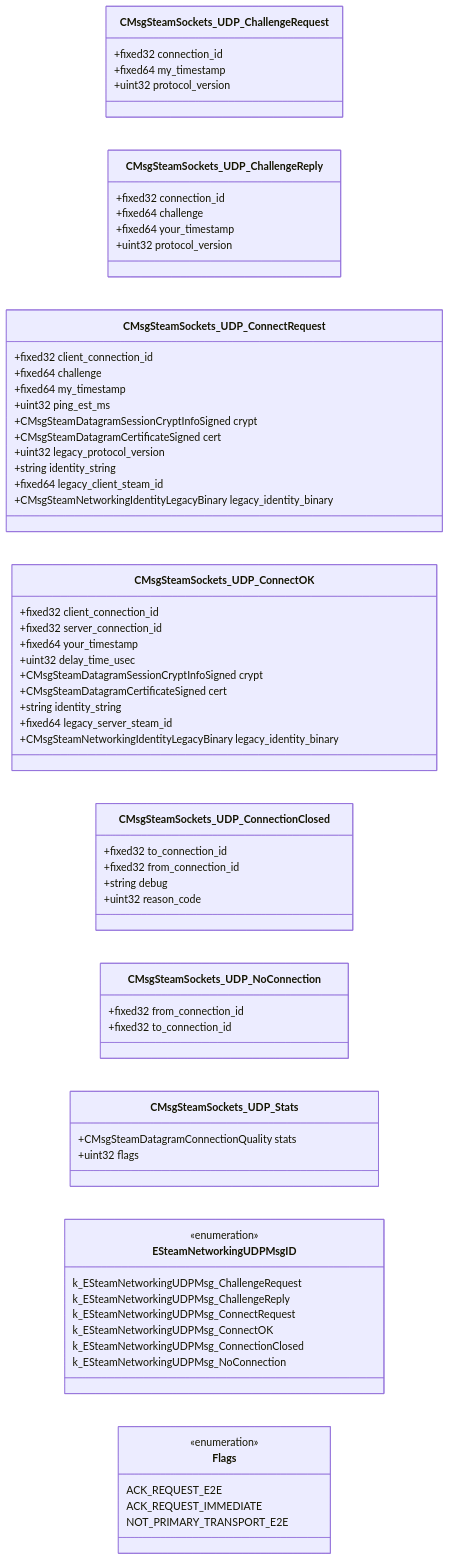
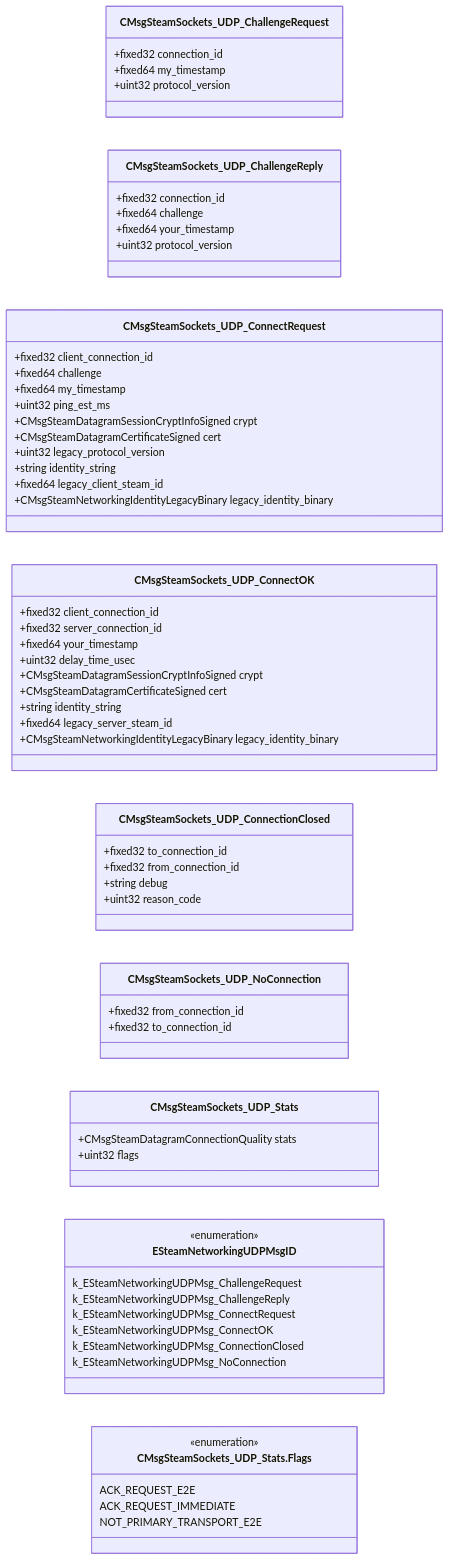
The diagram in docs/generated/proto/steamnetworkingsockets_messages_udp.md (CS2OpenDev/CS2OpenDev-Docs), drawn with Mermaid before and after one commit. The commit also changed other lines of this file and 4525 other files, not shown here.

````diff
--- a/docs/generated/proto/steamnetworkingsockets_messages_udp.md
+++ b/docs/generated/proto/steamnetworkingsockets_messages_udp.md
@@ -14,77 +14,77 @@
 ```mermaid
 classDiagram
 direction LR
 
   class CMsgSteamSockets_UDP_ChallengeRequest {
     +fixed32 connection_id
     +fixed64 my_timestamp
     +uint32 protocol_version
   }
 
   class CMsgSteamSockets_UDP_ChallengeReply {
     +fixed32 connection_id
     +fixed64 challenge
     +fixed64 your_timestamp
     +uint32 protocol_version
   }
 
   class CMsgSteamSockets_UDP_ConnectRequest {
     +fixed32 client_connection_id
     +fixed64 challenge
     +fixed64 my_timestamp
     +uint32 ping_est_ms
     +CMsgSteamDatagramSessionCryptInfoSigned crypt
     +CMsgSteamDatagramCertificateSigned cert
     +uint32 legacy_protocol_version
     +string identity_string
     +fixed64 legacy_client_steam_id
     +CMsgSteamNetworkingIdentityLegacyBinary legacy_identity_binary
   }
 
   class CMsgSteamSockets_UDP_ConnectOK {
     +fixed32 client_connection_id
     +fixed32 server_connection_id
     +fixed64 your_timestamp
     +uint32 delay_time_usec
     +CMsgSteamDatagramSessionCryptInfoSigned crypt
     +CMsgSteamDatagramCertificateSigned cert
     +string identity_string
     +fixed64 legacy_server_steam_id
     +CMsgSteamNetworkingIdentityLegacyBinary legacy_identity_binary
   }
 
   class CMsgSteamSockets_UDP_ConnectionClosed {
     +fixed32 to_connection_id
     +fixed32 from_connection_id
     +string debug
     +uint32 reason_code
   }
 
   class CMsgSteamSockets_UDP_NoConnection {
     +fixed32 from_connection_id
     +fixed32 to_connection_id
   }
 
   class CMsgSteamSockets_UDP_Stats {
     +CMsgSteamDatagramConnectionQuality stats
     +uint32 flags
   }
 
   class ESteamNetworkingUDPMsgID{
     <<enumeration>>
     k_ESteamNetworkingUDPMsg_ChallengeRequest
     k_ESteamNetworkingUDPMsg_ChallengeReply
     k_ESteamNetworkingUDPMsg_ConnectRequest
     k_ESteamNetworkingUDPMsg_ConnectOK
     k_ESteamNetworkingUDPMsg_ConnectionClosed
     k_ESteamNetworkingUDPMsg_NoConnection
   }
 
-  class Flags{
+  class CMsgSteamSockets_UDP_Stats_Flags["CMsgSteamSockets_UDP_Stats.Flags"]{
     <<enumeration>>
     ACK_REQUEST_E2E
     ACK_REQUEST_IMMEDIATE
     NOT_PRIMARY_TRANSPORT_E2E
   }
 
 ```
````
